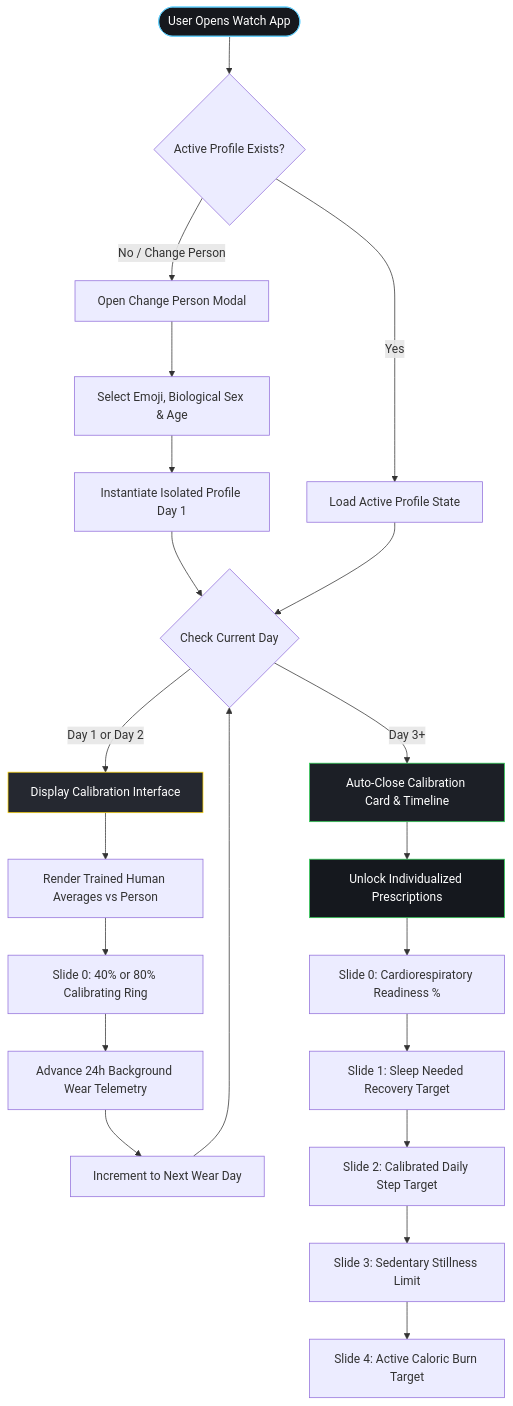
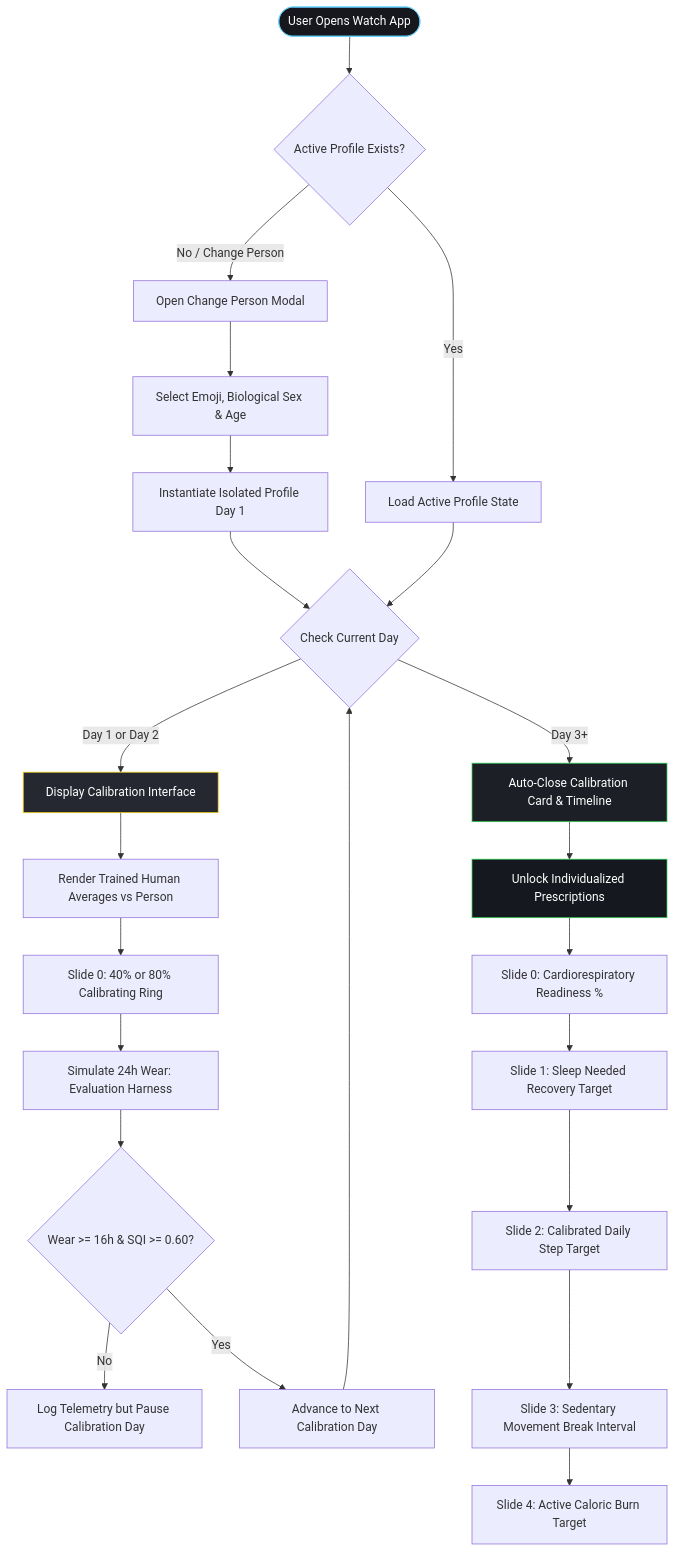
The second of 2 diagrams in InstaHealth_Mini_Project_Report.md (jathinreddy-5/InstaHealth), drawn with Mermaid before and after one commit. The commit also changed other lines of this file and 11 other files, not shown here.

````diff
--- a/InstaHealth_Mini_Project_Report.md
+++ b/InstaHealth_Mini_Project_Report.md
@@ -376,31 +430,33 @@
 ```mermaid
 flowchart TD
     Start([User Opens Watch App]) --> Switch{Active Profile Exists?}
     Switch -- No / Change Person --> Modal[Open Change Person Modal]
     Modal --> Input[Select Emoji, Biological Sex & Age]
     Input --> Create[Instantiate Isolated Profile Day 1]
     
     Switch -- Yes --> Load[Load Active Profile State]
     Create --> CheckDay{Check Current Day}
     Load --> CheckDay
     
     CheckDay -- Day 1 or Day 2 --> ShowCalib[Display Calibration Interface]
     ShowCalib --> DisplayAverages[Render Trained Human Averages vs Person]
     DisplayAverages --> Slide0Cal[Slide 0: 40% or 80% Calibrating Ring]
-    Slide0Cal --> Wear[Advance 24h Background Wear Telemetry]
-    Wear --> DayIncrement[Increment to Next Wear Day]
+    Slide0Cal --> Wear[Simulate 24h Wear: Evaluation Harness]
+    Wear --> CheckWear{Wear >= 16h & SQI >= 0.60?}
+    CheckWear -- No --> LogWarning[Log Telemetry but Pause Calibration Day]
+    CheckWear -- Yes --> DayIncrement[Advance to Next Calibration Day]
     DayIncrement --> CheckDay
     
     CheckDay -- Day 3+ --> AutoClose[Auto-Close Calibration Card & Timeline]
     AutoClose --> UnlockedPrescriptions[Unlock Individualized Prescriptions]
     UnlockedPrescriptions --> Slide0Ready[Slide 0: Cardiorespiratory Readiness %]
     Slide0Ready --> Slide1Sleep[Slide 1: Sleep Needed Recovery Target]
     Slide1Sleep --> Slide2Steps[Slide 2: Calibrated Daily Step Target]
-    Slide2Steps --> Slide3Sit[Slide 3: Sedentary Stillness Limit]
+    Slide2Steps --> Slide3Sit[Slide 3: Sedentary Movement Break Interval]
     Slide3Sit --> Slide4Cal[Slide 4: Active Caloric Burn Target]
     
     style Start fill:#16181d,stroke:#64d2ff,color:#ffffff
     style ShowCalib fill:#252830,stroke:#ffd60a,color:#ffffff
     style AutoClose fill:#1c1f26,stroke:#30d158,color:#ffffff
     style UnlockedPrescriptions fill:#15181e,stroke:#30d158,color:#ffffff
 ```
````
